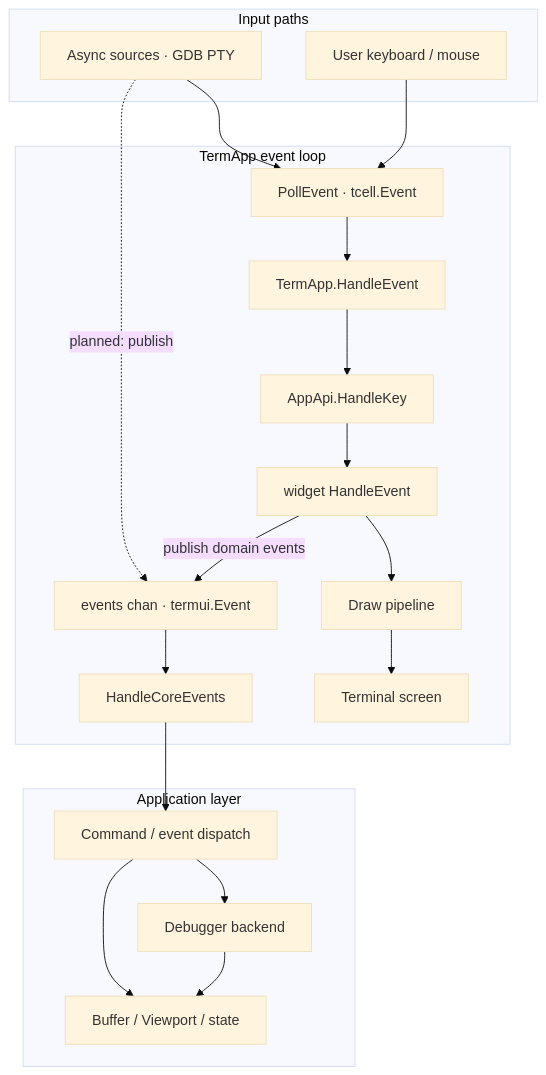
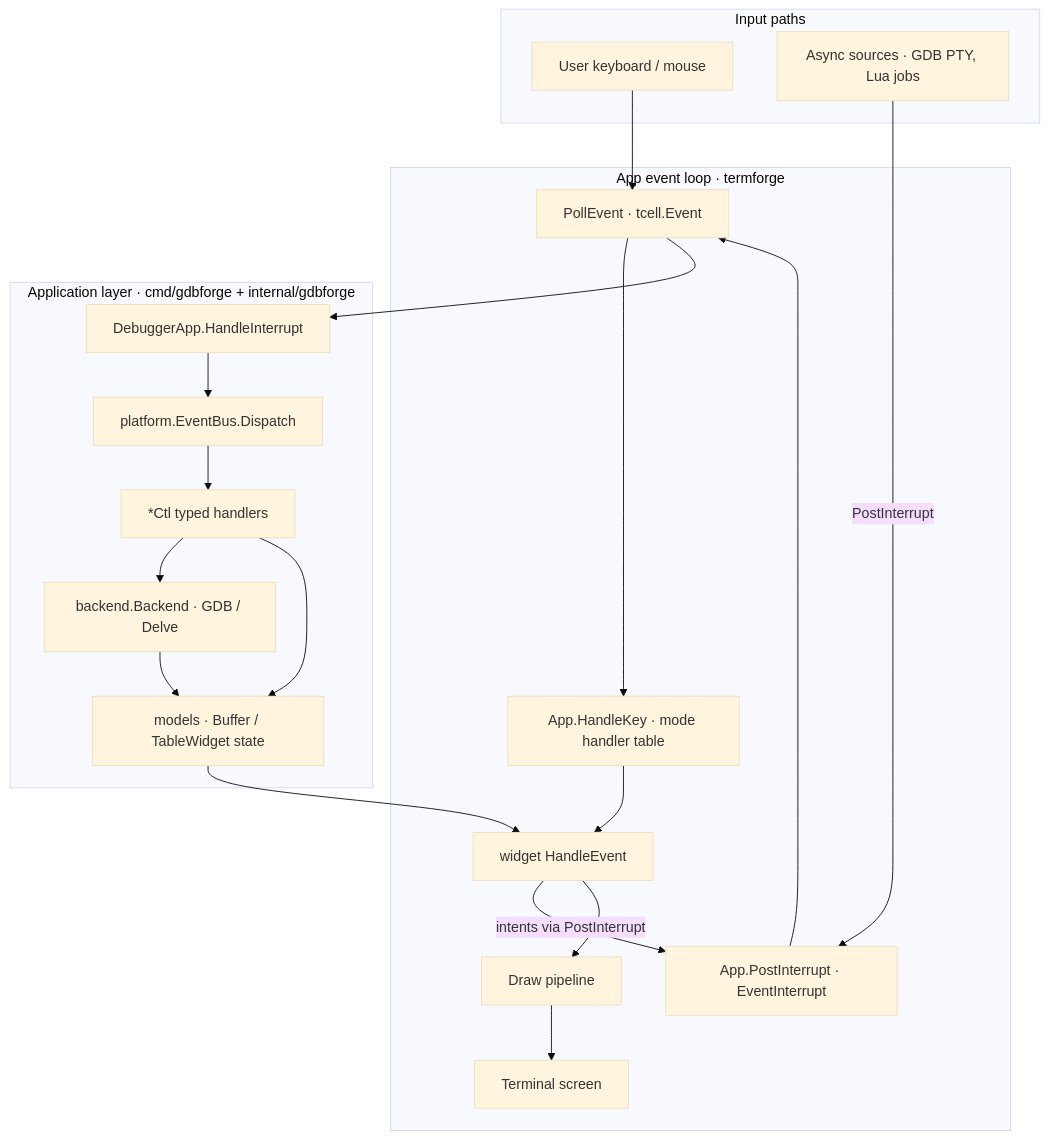
The diagram in docs/diagrams/data_flow.mermaid (yairgd/gdbforge), drawn with Mermaid (base theme) before and after one commit. The commit also changed 18 other files, not shown here.

First line of the commit message:
docs: retire the internal/termui vocabulary and describe the termforge split

```diff
--- a/docs/diagrams/data_flow.mermaid
+++ b/docs/diagrams/data_flow.mermaid
@@ -1,35 +1,36 @@
 flowchart TB
     subgraph Input["Input paths"]
         User["User keyboard / mouse"]
-        Async["Async sources · GDB PTY"]
+        Async["Async sources · GDB PTY, Lua jobs"]
     end
 
-    subgraph TermApp["TermApp event loop"]
+    subgraph Loop["App event loop · termforge"]
         Poll["PollEvent · tcell.Event"]
-        Bus["events chan · termui.Event"]
-        TermHandler["TermApp.HandleEvent"]
-        HandleKey["AppApi.HandleKey"]
+        KeyRoute["App.HandleKey · mode handler table"]
         Widgets["widget HandleEvent"]
-        CoreHub["HandleCoreEvents"]
+        Interrupt["App.PostInterrupt · EventInterrupt"]
         Draw["Draw pipeline"]
         Screen["Terminal screen"]
     end
 
-    subgraph App["Application layer"]
-        Dispatch["Command / event dispatch"]
-        Debugger["Debugger backend"]
-        Model["Buffer / Viewport / state"]
+    subgraph AppLayer["Application layer · cmd/gdbforge + internal/gdbforge"]
+        HI["DebuggerApp.HandleInterrupt"]
+        Bus["platform.EventBus.Dispatch"]
+        Ctls["*Ctl typed handlers"]
+        Backend["backend.Backend · GDB / Delve"]
+        Model["models · Buffer / TableWidget state"]
     end
 
     User --> Poll
-    Async --> Poll
-    Poll --> TermHandler
-    TermHandler --> HandleKey --> Widgets
-    Widgets -->|"publish domain events"| Bus
-    Async -.->|"planned: publish"| Bus
-    Bus --> CoreHub --> Dispatch
-    Dispatch --> Debugger
-    Debugger --> Model
-    Dispatch --> Model
+    Poll --> KeyRoute --> Widgets
+    Widgets -->|"intents via PostInterrupt"| Interrupt
+    Async -->|"PostInterrupt"| Interrupt
+    Interrupt --> Poll
+    Poll --> HI
+    HI --> Bus --> Ctls
+    Ctls --> Backend
+    Backend --> Model
+    Ctls --> Model
+    Model --> Widgets
     Widgets --> Draw
     Draw --> Screen
```
